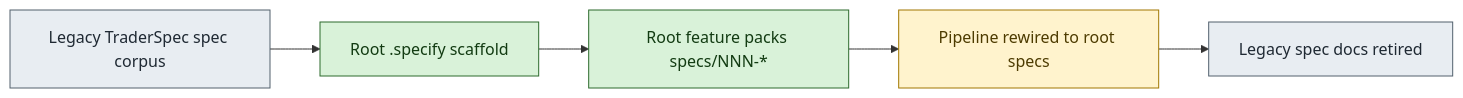
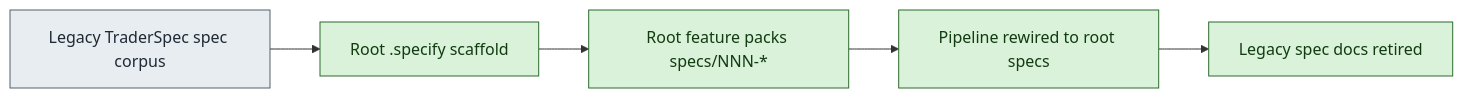
Before and after one commit to finos/traderX: the first of 6 diagrams in TraderSpec/migration-blog.md, drawn with Mermaid. The commit also changed other lines of this file and 48 other files, not shown here.

````diff
--- a/TraderSpec/migration-blog.md
+++ b/TraderSpec/migration-blog.md
@@ -106,15 +111,14 @@
 ```mermaid
 flowchart LR
   A["Legacy TraderSpec spec corpus"] --> B["Root .specify scaffold"]
   B --> C["Root feature packs specs/NNN-*"]
   C --> D["Pipeline rewired to root specs"]
   D --> E["Legacy spec docs retired"]
 
   classDef done fill:#d9f2d9,stroke:#2d6a2d,color:#123b12;
   classDef current fill:#fff3cd,stroke:#a17700,color:#4d3b00;
   classDef planned fill:#e8edf2,stroke:#52606d,color:#1f2933;
 
-  class B,C done;
-  class D current;
-  class A,E planned;
+  class B,C,D,E done;
+  class A planned;
 ```
````
